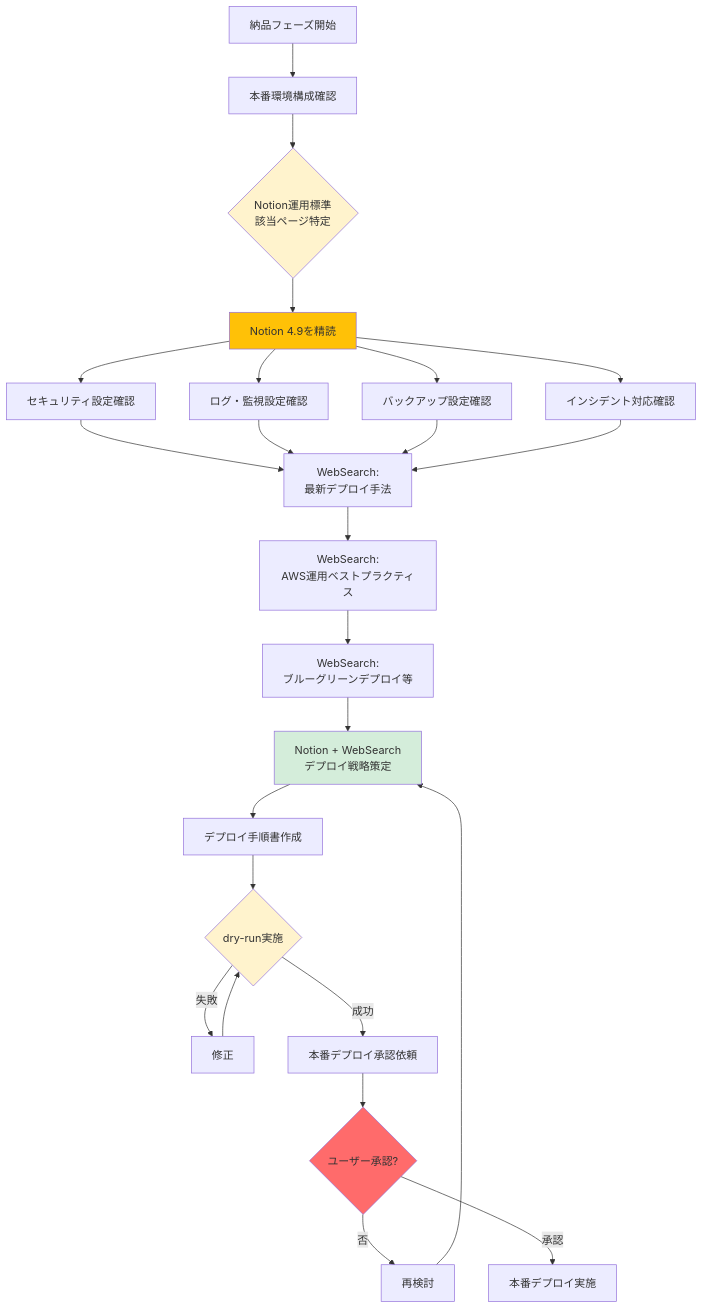
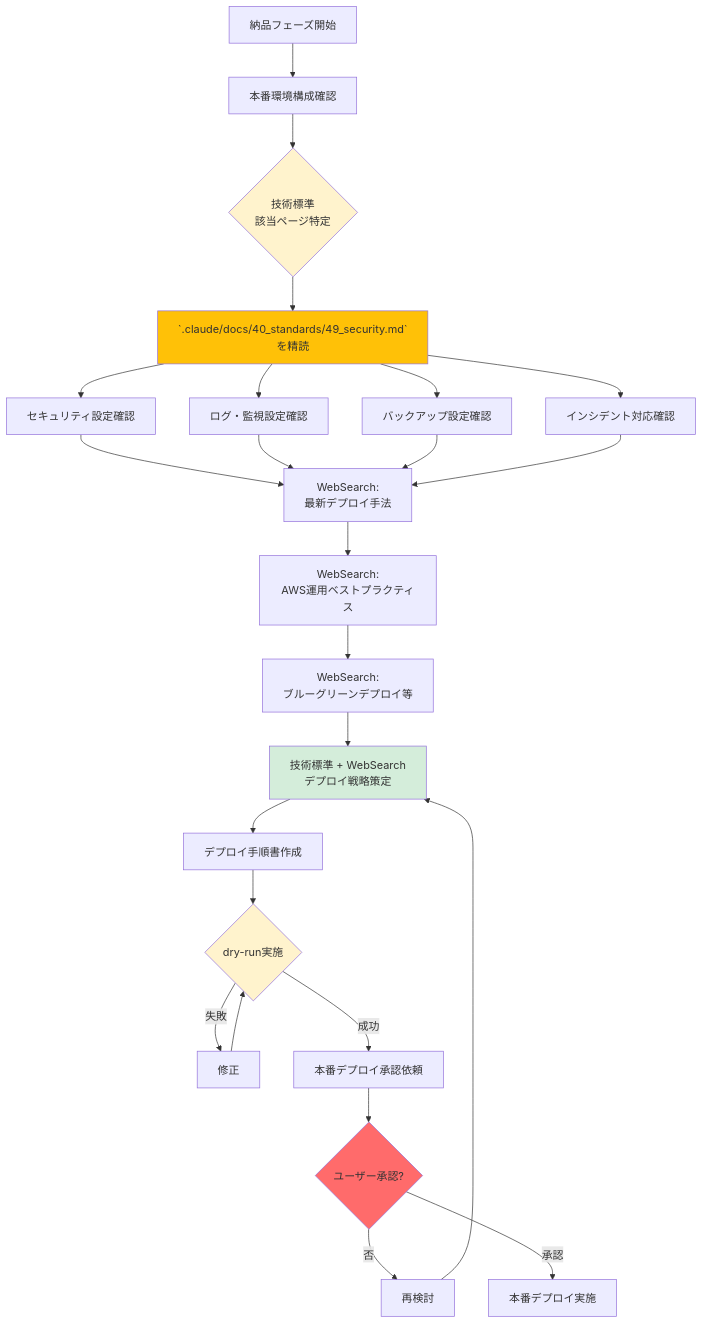
One commit to k-tanaka-522/aidev changed the diagram in .claude/docs/10_facilitation/2.6_納品フェーズ/2.6.0_事前調査.md. Above: the diagram before and after it, drawn with Mermaid. The commit also changed other lines of this file and 21 other files, not shown here.

````diff
--- a/.claude/docs/10_facilitation/2.6_納品フェーズ/2.6.0_事前調査.md
+++ b/.claude/docs/10_facilitation/2.6_納品フェーズ/2.6.0_事前調査.md
@@ -72,40 +72,40 @@
 ```mermaid
 flowchart TB
     A[納品フェーズ開始] --> B[本番環境構成確認]
-    B --> C{Notion運用標準<br/>該当ページ特定}
+    B --> C{技術標準<br/>該当ページ特定}
 
-    C --> D[Notion 4.9を精読]
+    C --> D[`.claude/docs/40_standards/49_security.md`を精読]
     D --> E[セキュリティ設定確認]
     D --> F[ログ・監視設定確認]
     D --> G[バックアップ設定確認]
     D --> H[インシデント対応確認]
 
     E --> I[WebSearch:<br/>最新デプロイ手法]
     F --> I
     G --> I
     H --> I
 
     I --> J[WebSearch:<br/>AWS運用ベストプラクティス]
     J --> K[WebSearch:<br/>ブルーグリーンデプロイ等]
-    K --> L[Notion + WebSearch<br/>デプロイ戦略策定]
+    K --> L[技術標準 + WebSearch<br/>デプロイ戦略策定]
 
     L --> M[デプロイ手順書作成]
     M --> N{dry-run実施}
 
     N -->|失敗| O[修正]
     O --> N
 
     N -->|成功| P[本番デプロイ承認依頼]
     P --> Q{ユーザー承認?}
 
     Q -->|否| R[再検討]
     R --> L
 
     Q -->|承認| S[本番デプロイ実施]
 
     style C fill:#fff3cd
     style D fill:#ffc107
     style L fill:#d4edda
     style N fill:#fff3cd
     style Q fill:#ff6b6b
 ```
````
